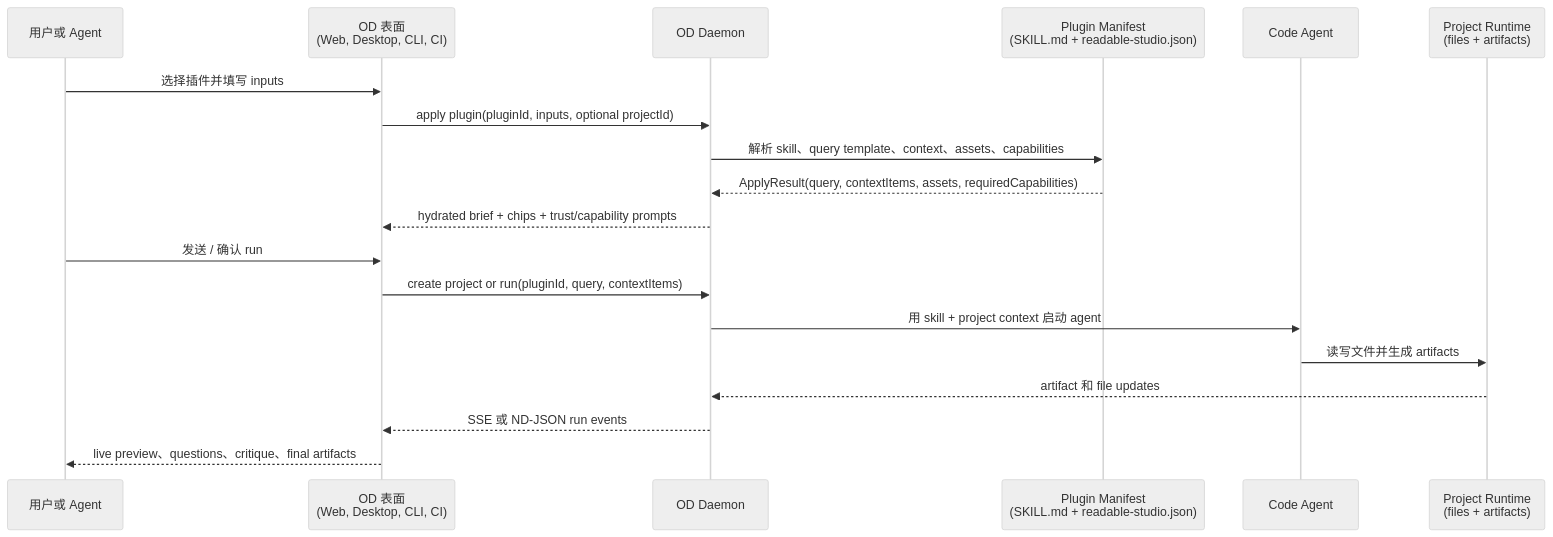
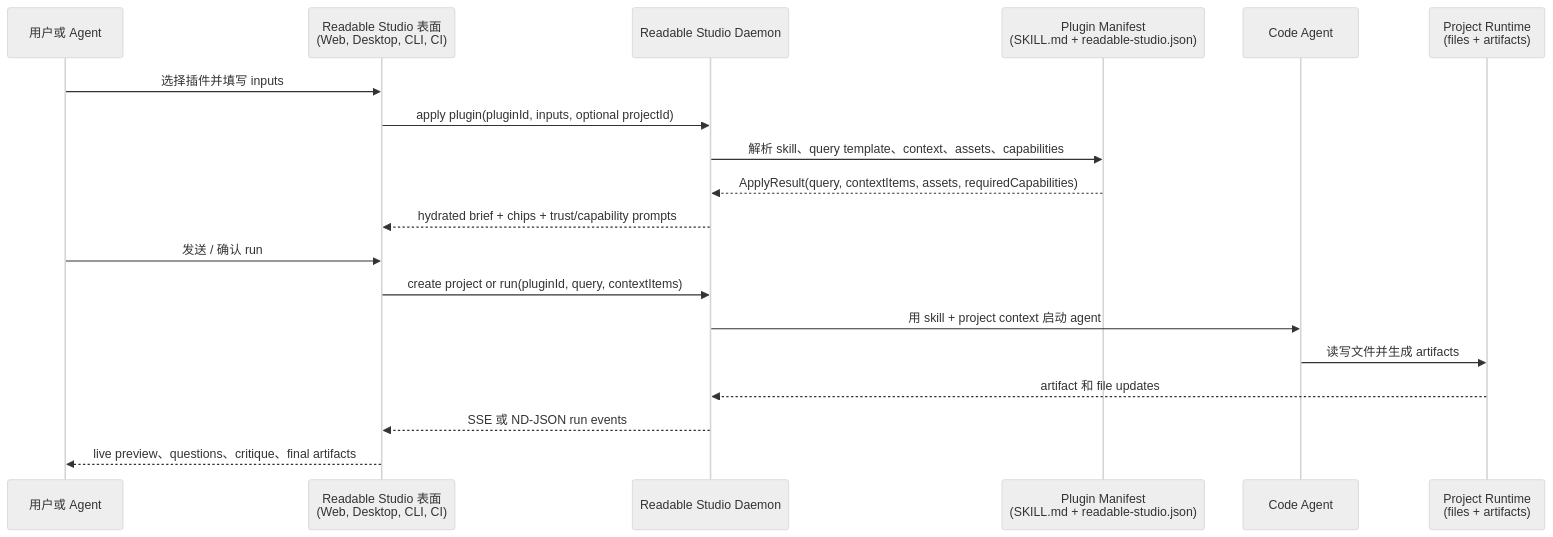
Before and after one commit to sanghyunna/open-design-sandboxed: the first of 4 diagrams in docs/plugins-spec.zh-CN.md, drawn with Mermaid (neutral theme). The commit also changed other lines of this file and 1152 other files, not shown here.

Commit message:
refactor(identity): close remaining Readable Studio residue

````diff
--- a/docs/plugins-spec.zh-CN.md
+++ b/docs/plugins-spec.zh-CN.md
@@ -35,22 +35,22 @@
 ```mermaid
 sequenceDiagram
   participant U as 用户或 Agent
-  participant S as OD 表面<br/>(Web, Desktop, CLI, CI)
-  participant D as OD Daemon
+  participant S as Readable Studio 表面<br/>(Web, Desktop, CLI, CI)
+  participant D as Readable Studio Daemon
   participant P as Plugin Manifest<br/>(SKILL.md + readable-studio.json)
   participant A as Code Agent
   participant R as Project Runtime<br/>(files + artifacts)
 
   U->>S: 选择插件并填写 inputs
   S->>D: apply plugin(pluginId, inputs, optional projectId)
   D->>P: 解析 skill、query template、context、assets、capabilities
   P-->>D: ApplyResult(query, contextItems, assets, requiredCapabilities)
   D-->>S: hydrated brief + chips + trust/capability prompts
   U->>S: 发送 / 确认 run
   S->>D: create project or run(pluginId, query, contextItems)
   D->>A: 用 skill + project context 启动 agent
   A->>R: 读写文件并生成 artifacts
   R-->>D: artifact 和 file updates
   D-->>S: SSE 或 ND-JSON run events
   S-->>U: live preview、questions、critique、final artifacts
 ```
````
